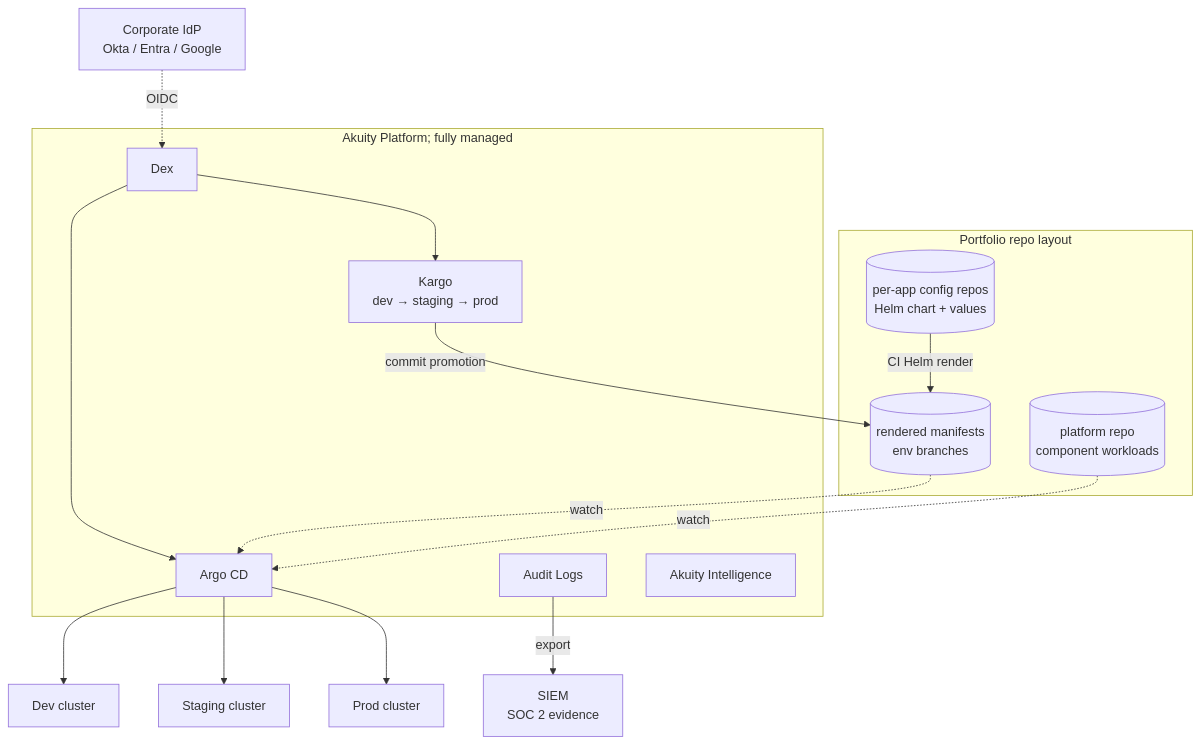
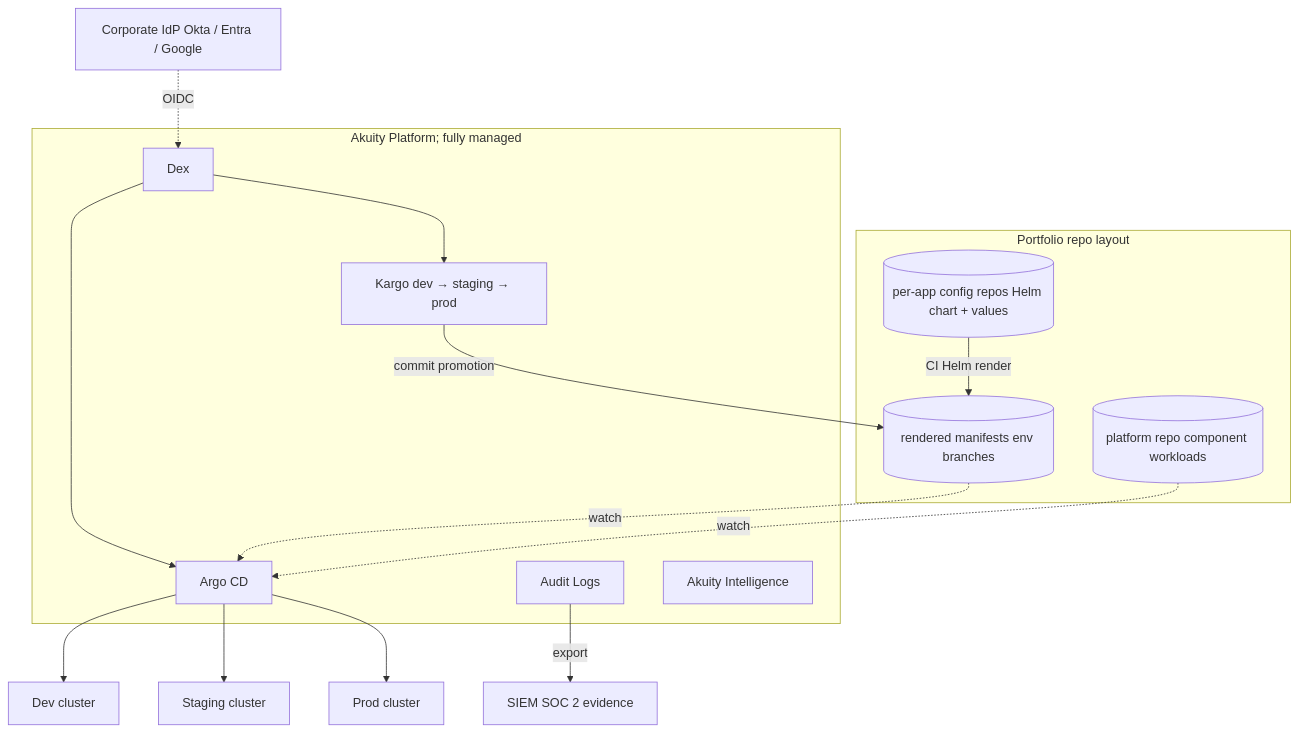
The third of 10 diagrams in docs/diagrams.md (Cliftonz/akuity-deployment-examples), drawn with Mermaid before and after one commit. The commit also changed other lines of this file, not shown here.

Commit message:
docs/diagrams: drop <br/> tags from mermaid node labels

````diff
--- a/docs/diagrams.md
+++ b/docs/diagrams.md
@@ -69,32 +69,32 @@
 ```mermaid
 flowchart TB
-    IdP[Corporate IdP<br/>Okta / Entra / Google] -.->|OIDC| Dex
+    IdP[Corporate IdP Okta / Entra / Google] -.->|OIDC| Dex
 
     subgraph Repos["Portfolio repo layout"]
-        AppRepos[(per-app config repos<br/>Helm chart + values)]
-        PlatRepo[(platform repo<br/>component workloads)]
-        Rendered[(rendered manifests<br/>env branches)]
+        AppRepos[(per-app config repos Helm chart + values)]
+        PlatRepo[(platform repo component workloads)]
+        Rendered[(rendered manifests env branches)]
     end
 
     AppRepos -->|CI Helm render| Rendered
 
     subgraph Akuity["Akuity Platform; fully managed"]
         Dex
         ArgoCD[Argo CD]
-        Kargo[Kargo<br/>dev → staging → prod]
+        Kargo[Kargo dev → staging → prod]
         Audit[Audit Logs]
         Intel[Akuity Intelligence]
     end
 
     Dex --> ArgoCD
     Dex --> Kargo
-    Audit -->|export| SIEM[SIEM<br/>SOC 2 evidence]
+    Audit -->|export| SIEM[SIEM SOC 2 evidence]
 
     Rendered -.->|watch| ArgoCD
     PlatRepo -.->|watch| ArgoCD
     Kargo -->|commit promotion| Rendered
 
     ArgoCD --> DevC[Dev cluster]
     ArgoCD --> StgC[Staging cluster]
     ArgoCD --> PrdC[Prod cluster]
 ```
````
